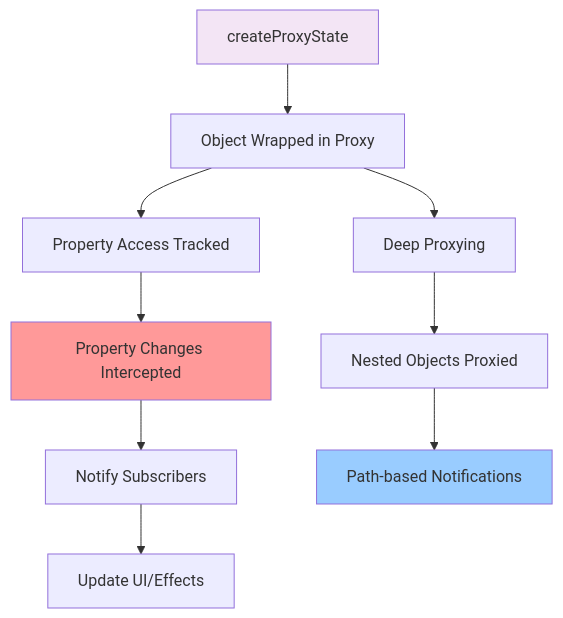
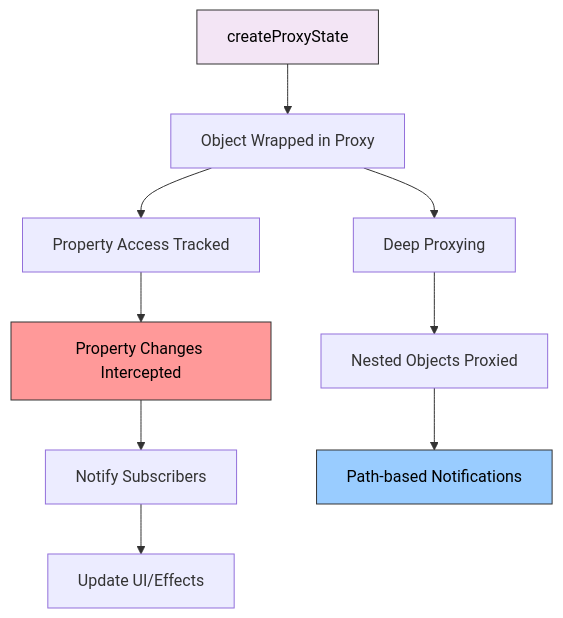
The fifth of 18 diagrams in README.md (sujeet-pro/reactivity), drawn with Mermaid before and after one commit. The commit also changed other lines of this file and 4 other files, not shown here.

````diff
--- a/README.md
+++ b/README.md
@@ -244,16 +272,16 @@
 ```mermaid
 graph TD
     A[createProxyState] --> B[Object Wrapped in Proxy]
     B --> C[Property Access Tracked]
     C --> D[Property Changes Intercepted]
     D --> E[Notify Subscribers]
     E --> F[Update UI/Effects]
     
     B --> G[Deep Proxying]
     G --> H[Nested Objects Proxied]
     H --> I[Path-based Notifications]
     
-    style A fill:#f3e5f5
-    style D fill:#ff9999
-    style I fill:#99ccff
+    style A fill:#f3e5f5,stroke:#333,color:#000
+    style D fill:#ff9999,stroke:#333,color:#000
+    style I fill:#99ccff,stroke:#333,color:#000
 ```
````
